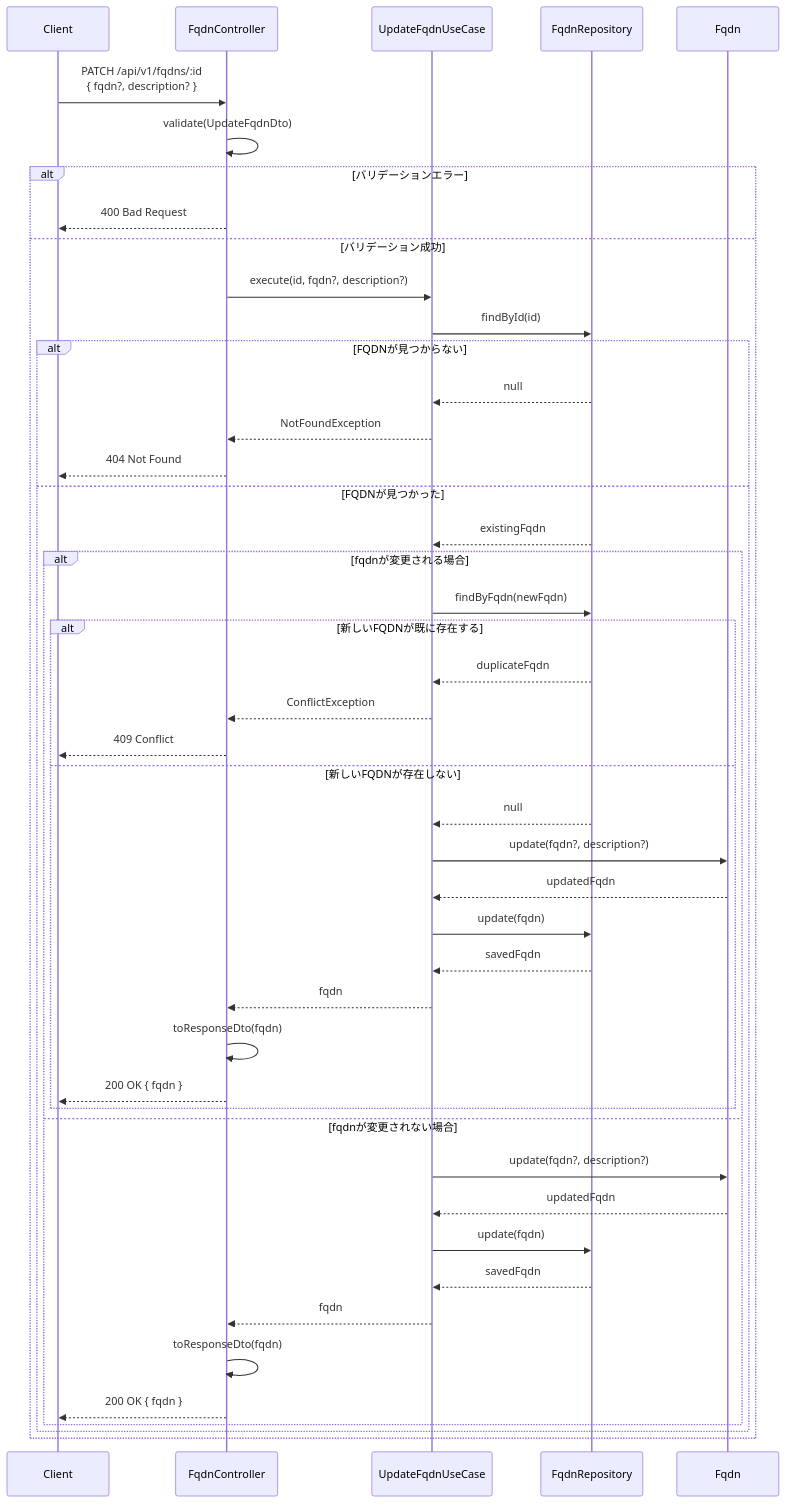
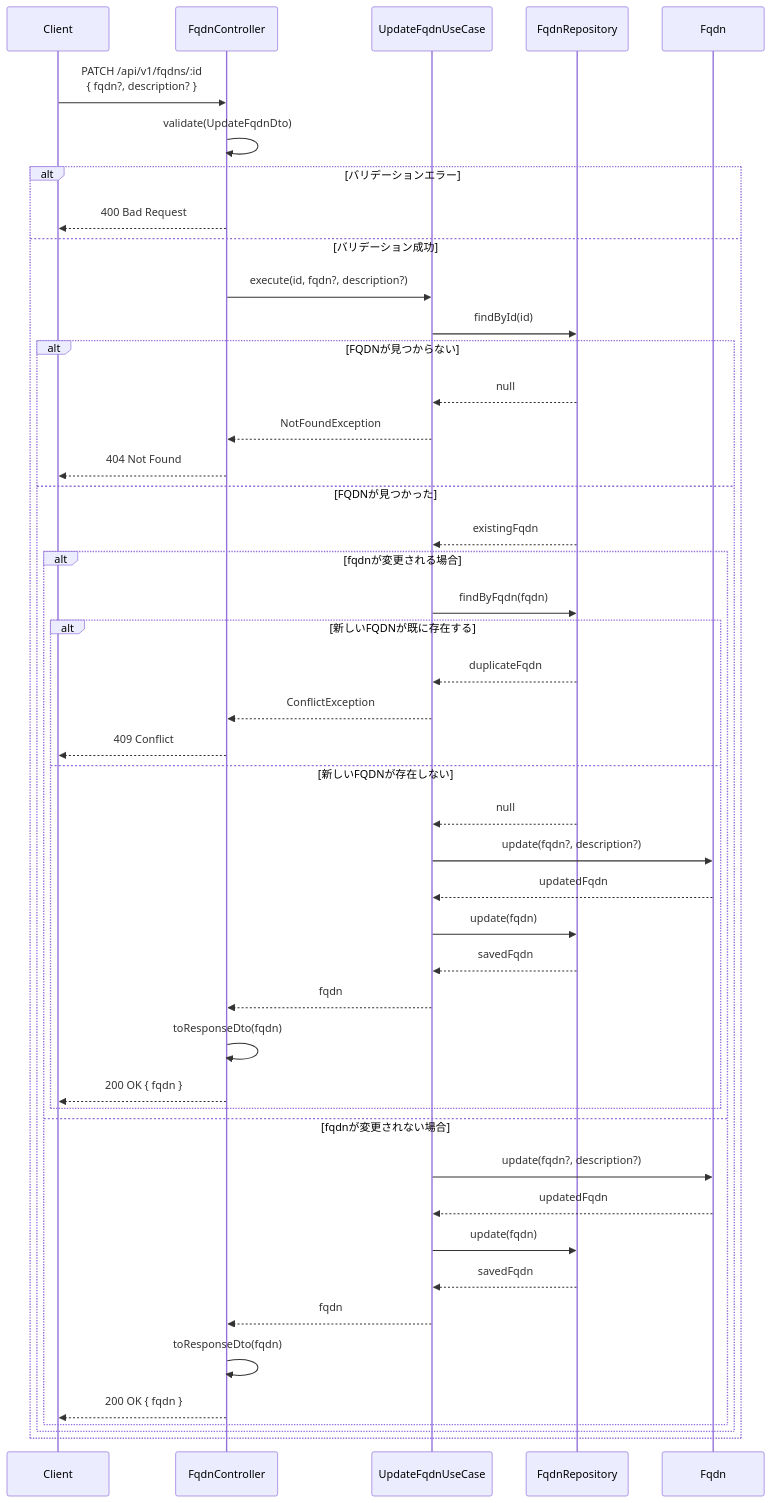
One commit to kencom2400/MrWebDefence-Console changed the second of 6 diagrams in docs/detailed-design/MWD-36_fqdn-management/sequence-diagrams.md. Above: the diagram before and after it, drawn with Mermaid.

Commit message:
docs(fqdn-management): Gemini指摘対応 - シーケンス図でnewFqdnをfqdnに修正
FQDN更新フローのシーケンス図において、UpdateFqdnUseCaseからFqdnRepositoryへのfindByFqdnメソッド呼び出しでnewFqdnという変数が使われていましたが、この変数は図のコンテキストでは定義されていませんでした。UpdateFqdnUseCaseのexecuteメソッドの引数はfqdnとなっているため、一貫性を保ち、混乱を避けるためにfqdnを使用するように修正しました。

````diff
--- a/docs/detailed-design/MWD-36_fqdn-management/sequence-diagrams.md
+++ b/docs/detailed-design/MWD-36_fqdn-management/sequence-diagrams.md
@@ -45,59 +45,59 @@
 ```mermaid
 sequenceDiagram
     participant Client
     participant FqdnController
     participant UpdateFqdnUseCase
     participant FqdnRepository
     participant Fqdn
 
     Client->>FqdnController: PATCH /api/v1/fqdns/:id<br/>{ fqdn?, description? }
     FqdnController->>FqdnController: validate(UpdateFqdnDto)
     
     alt バリデーションエラー
         FqdnController-->>Client: 400 Bad Request
     else バリデーション成功
         FqdnController->>UpdateFqdnUseCase: execute(id, fqdn?, description?)
         
         UpdateFqdnUseCase->>FqdnRepository: findById(id)
         
         alt FQDNが見つからない
             FqdnRepository-->>UpdateFqdnUseCase: null
             UpdateFqdnUseCase-->>FqdnController: NotFoundException
             FqdnController-->>Client: 404 Not Found
         else FQDNが見つかった
             FqdnRepository-->>UpdateFqdnUseCase: existingFqdn
             
             alt fqdnが変更される場合
-                UpdateFqdnUseCase->>FqdnRepository: findByFqdn(newFqdn)
+                UpdateFqdnUseCase->>FqdnRepository: findByFqdn(fqdn)
                 
                 alt 新しいFQDNが既に存在する
                     FqdnRepository-->>UpdateFqdnUseCase: duplicateFqdn
                     UpdateFqdnUseCase-->>FqdnController: ConflictException
                     FqdnController-->>Client: 409 Conflict
                 else 新しいFQDNが存在しない
                     FqdnRepository-->>UpdateFqdnUseCase: null
                     
                     UpdateFqdnUseCase->>Fqdn: update(fqdn?, description?)
                     Fqdn-->>UpdateFqdnUseCase: updatedFqdn
                     
                     UpdateFqdnUseCase->>FqdnRepository: update(fqdn)
                     FqdnRepository-->>UpdateFqdnUseCase: savedFqdn
                     
                     UpdateFqdnUseCase-->>FqdnController: fqdn
                     FqdnController->>FqdnController: toResponseDto(fqdn)
                     FqdnController-->>Client: 200 OK { fqdn }
                 end
             else fqdnが変更されない場合
                 UpdateFqdnUseCase->>Fqdn: update(fqdn?, description?)
                 Fqdn-->>UpdateFqdnUseCase: updatedFqdn
                 
                 UpdateFqdnUseCase->>FqdnRepository: update(fqdn)
                 FqdnRepository-->>UpdateFqdnUseCase: savedFqdn
                 
                 UpdateFqdnUseCase-->>FqdnController: fqdn
                 FqdnController->>FqdnController: toResponseDto(fqdn)
                 FqdnController-->>Client: 200 OK { fqdn }
             end
         end
     end
 ```
````
